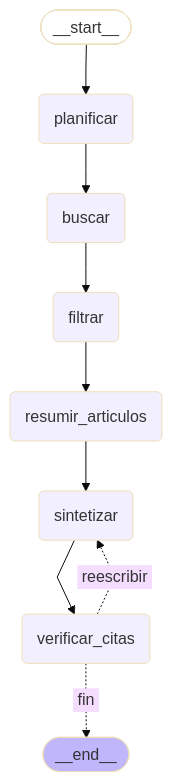
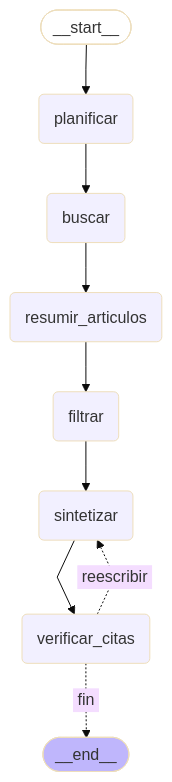
The second of 2 diagrams in docs/flujo.md (Carlos-Rodero/litmar), drawn with Mermaid (base theme) before and after one commit. The commit also changed other lines of this file and 31 other files, not shown here.

````diff
--- a/docs/flujo.md
+++ b/docs/flujo.md
@@ -49,27 +51,27 @@
 ```mermaid
 ---
 config:
   flowchart:
     curve: linear
 ---
 graph TD;
 	__start__([<p>__start__</p>]):::first
 	planificar(planificar)
 	buscar(buscar)
+	resumir_articulos(resumir_articulos)
 	filtrar(filtrar)
-	resumir_articulos(resumir_articulos)
 	sintetizar(sintetizar)
 	verificar_citas(verificar_citas)
 	__end__([<p>__end__</p>]):::last
 	__start__ --> planificar;
-	buscar --> filtrar;
-	filtrar --> resumir_articulos;
+	buscar --> resumir_articulos;
+	filtrar --> sintetizar;
 	planificar --> buscar;
-	resumir_articulos --> sintetizar;
+	resumir_articulos --> filtrar;
 	sintetizar --> verificar_citas;
 	verificar_citas -. &nbsp;fin&nbsp; .-> __end__;
 	verificar_citas -. &nbsp;reescribir&nbsp; .-> sintetizar;
 	classDef default fill:#f2f0ff,line-height:1.2
 	classDef first fill-opacity:0
 	classDef last fill:#bfb6fc
 ```
````
